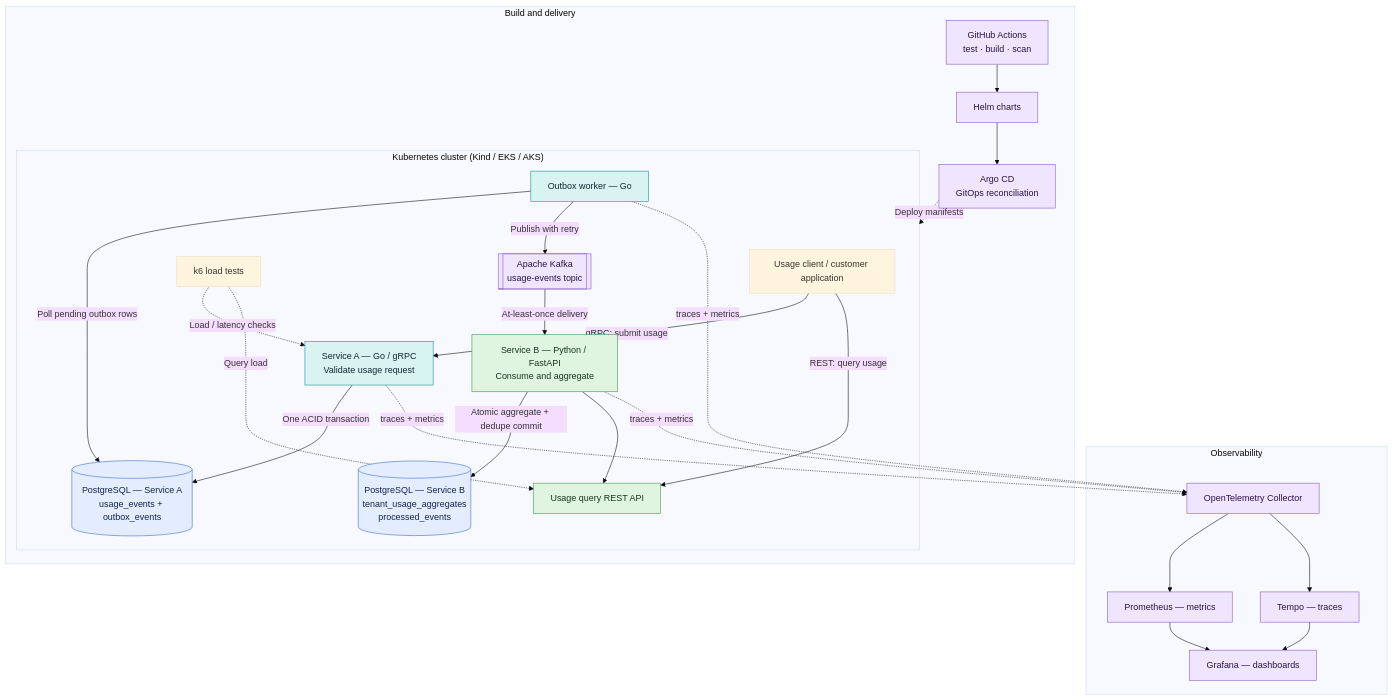
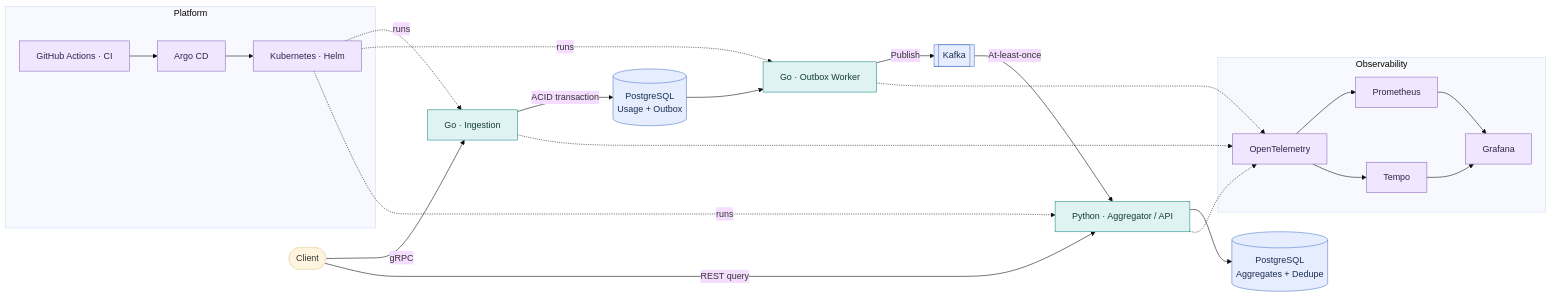
The diagram in README.md (AhmedRushdy/PolyFlow), drawn with Mermaid (base theme) before and after one commit. The commit also changed other lines of this file, not shown here.

Commit message:
Simplify README architecture diagram

````diff
--- a/README.md
+++ b/README.md
@@ -23,59 +11,32 @@
 ```mermaid
-flowchart TB
-    Client[Usage client / customer application]
-    Load[k6 load tests]
+flowchart LR
+    Client([Client]) -->|gRPC| Ingest["Go · Ingestion"]
+    Ingest -->|"ACID transaction"| DB1[("PostgreSQL<br/>Usage + Outbox")]
+    DB1 --> Worker["Go · Outbox Worker"]
+    Worker -->|Publish| Kafka[["Kafka"]]
+    Kafka -->|At-least-once| Aggregate["Python · Aggregator / API"]
+    Aggregate --> DB2[("PostgreSQL<br/>Aggregates + Dedupe")]
+    Client -->|REST query| Aggregate
 
-    subgraph Cluster["Kubernetes cluster (Kind / EKS / AKS)"]
-        A["Service A — Go / gRPC<br/>Validate usage request"]
-        DB1[("PostgreSQL — Service A<br/>usage_events + outbox_events")]
-        Worker["Outbox worker — Go"]
-        Kafka[["Apache Kafka<br/>usage-events topic"]]
-        B["Service B — Python / FastAPI<br/>Consume and aggregate"]
-        DB2[("PostgreSQL — Service B<br/>tenant_usage_aggregates<br/>processed_events")]
-        API["Usage query REST API"]
+    subgraph Platform["Platform"]
+        CI["GitHub Actions · CI"] --> GitOps["Argo CD"] --> K8s["Kubernetes · Helm"]
+    end
+    K8s -. runs .-> Ingest
+    K8s -. runs .-> Worker
+    K8s -. runs .-> Aggregate
 
-        Client -->|"gRPC: submit usage"| A
-        A -->|"One ACID transaction"| DB1
-        Worker -->|"Poll pending outbox rows"| DB1
-        Worker -->|"Publish with retry"| Kafka
-        Kafka -->|"At-least-once delivery"| B
-        B -->|"Atomic aggregate + dedupe commit"| DB2
-        B --> API
-        Client -->|"REST: query usage"| API
-        Load -. "Load / latency checks" .-> A
-        Load -. "Query load" .-> API
+    subgraph Telemetry["Observability"]
+        OTel["OpenTelemetry"] --> Metrics["Prometheus"] --> Grafana["Grafana"]
+        OTel --> Traces["Tempo"] --> Grafana
     end
+    Ingest -.-> OTel
+    Worker -.-> OTel
+    Aggregate -.-> OTel
 
-    subgraph Observability["Observability"]
-        OTel["OpenTelemetry Collector"]
-        Prom["Prometheus — metrics"]
-        Tempo["Tempo — traces"]
-        Grafana["Grafana — dashboards"]
-        OTel --> Prom
-        OTel --> Tempo
-        Prom --> Grafana
-        Tempo --> Grafana
-    end
-
-    A -. "traces + metrics" .-> OTel
-    Worker -. "traces + metrics" .-> OTel
-    B -. "traces + metrics" .-> OTel
-
-    subgraph Delivery["Build and delivery"]
-        Actions["GitHub Actions<br/>test · build · scan"]
-        Helm["Helm charts"]
-        Argo["Argo CD<br/>GitOps reconciliation"]
-        Actions --> Helm
-        Helm --> Argo
-        Argo -. "Deploy manifests" .-> Cluster
-    end
-
-    classDef go fill:#d9f2f2,stroke:#168b98,color:#102a33
-    classDef python fill:#e0f5df,stroke:#39934a,color:#17351b
-    classDef data fill:#e4edff,stroke:#356ac3,color:#10254a
-    classDef infra fill:#f0e5ff,stroke:#8755c4,color:#291344
-    class A,Worker go
-    class B,API python
-    class DB1,DB2 data
-    class Kafka,OTel,Prom,Tempo,Grafana,Actions,Helm,Argo infra
+    classDef app fill:#dff3f2,stroke:#218b87,color:#163c3a
+    classDef data fill:#e5edff,stroke:#527ac7,color:#1c2d50
+    classDef platform fill:#f0e7ff,stroke:#8b67bc,color:#35224b
+    class Ingest,Worker,Aggregate app
+    class DB1,DB2,Kafka data
+    class K8s,GitOps,CI,OTel,Metrics,Traces,Grafana platform
 ```
````
